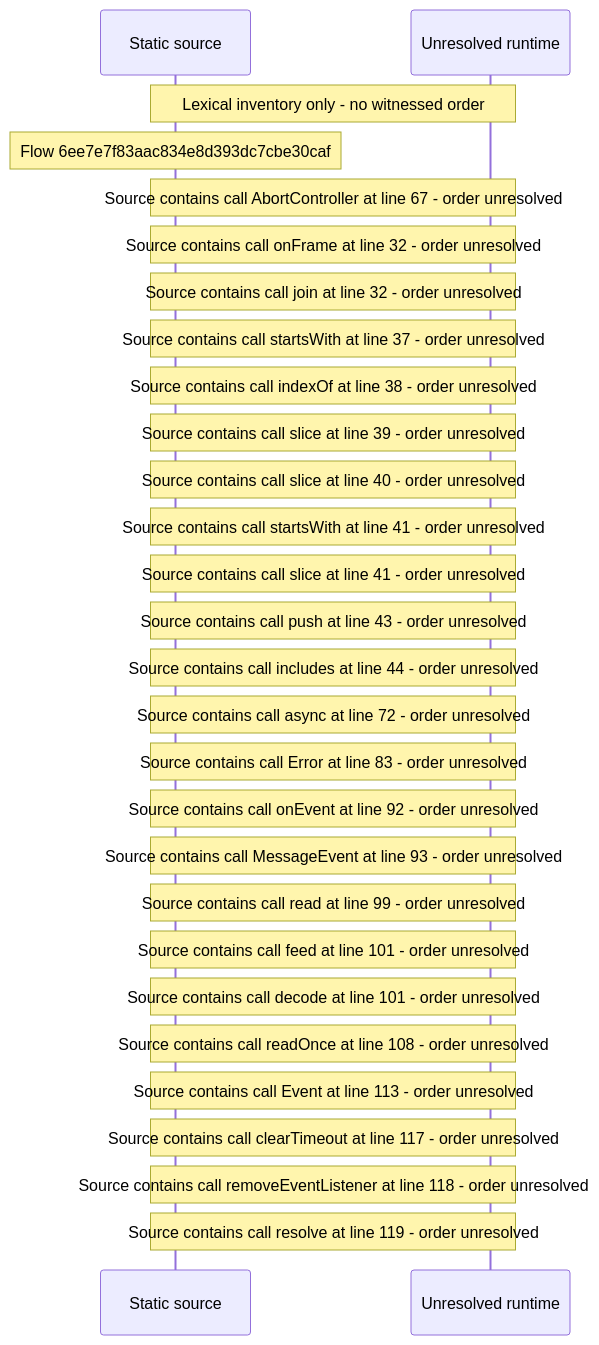
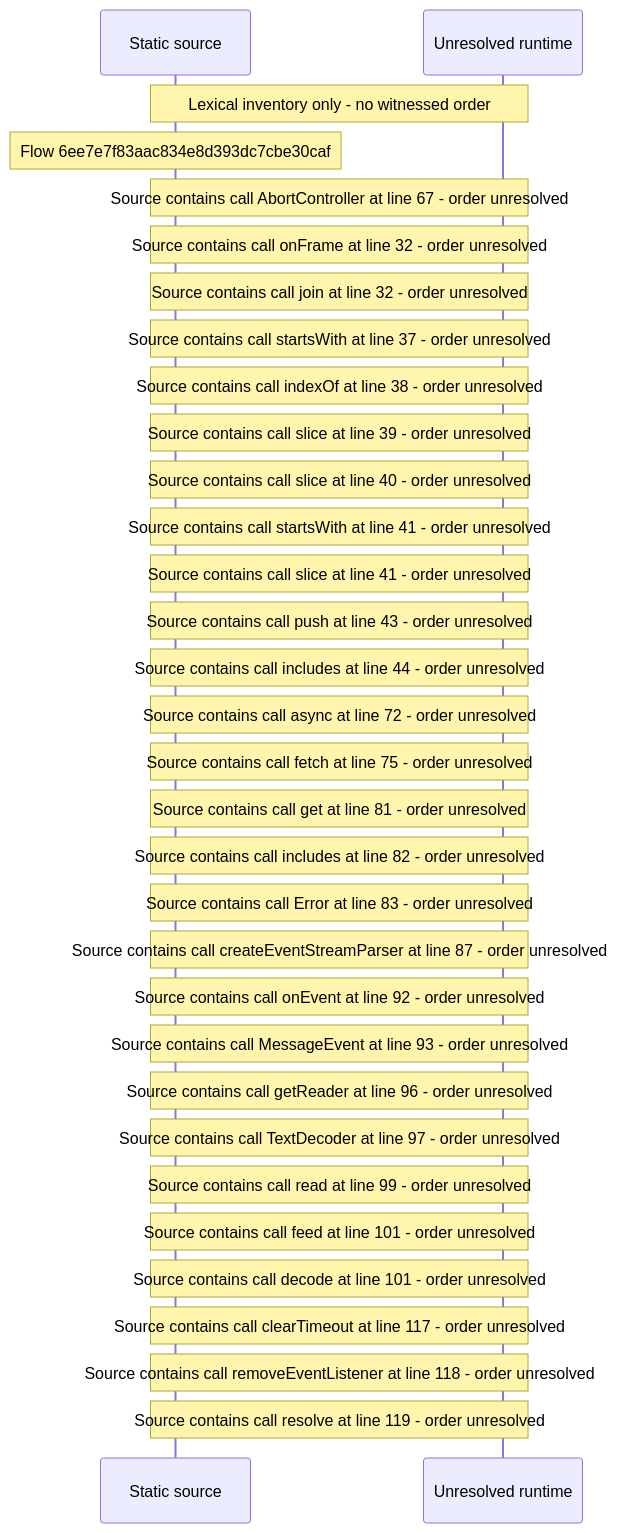
One commit to beamfall/core changed the diagram in docs/web/flows/generated/6ee7e7f83aac834e8d393dc7cbe30caf/flow-diagram.md. Above: the diagram before and after it, drawn with Mermaid. The commit also changed other lines of this file and 699 other files, not shown here.

Commit message:
Regenerate the web flow record with flow generator version 5

````diff
--- a/docs/web/flows/generated/6ee7e7f83aac834e8d393dc7cbe30caf/flow-diagram.md
+++ b/docs/web/flows/generated/6ee7e7f83aac834e8d393dc7cbe30caf/flow-diagram.md
@@ -10,30 +10,34 @@
 ```mermaid
 sequenceDiagram
     participant S as Static source
     participant U as Unresolved runtime
     Note over S,U: Lexical inventory only - no witnessed order
     Note over S: Flow 6ee7e7f83aac834e8d393dc7cbe30caf
     Note over S,U: Source contains call AbortController at line 67 - order unresolved
     Note over S,U: Source contains call onFrame at line 32 - order unresolved
     Note over S,U: Source contains call join at line 32 - order unresolved
     Note over S,U: Source contains call startsWith at line 37 - order unresolved
     Note over S,U: Source contains call indexOf at line 38 - order unresolved
     Note over S,U: Source contains call slice at line 39 - order unresolved
     Note over S,U: Source contains call slice at line 40 - order unresolved
     Note over S,U: Source contains call startsWith at line 41 - order unresolved
     Note over S,U: Source contains call slice at line 41 - order unresolved
     Note over S,U: Source contains call push at line 43 - order unresolved
     Note over S,U: Source contains call includes at line 44 - order unresolved
     Note over S,U: Source contains call async at line 72 - order unresolved
+    Note over S,U: Source contains call fetch at line 75 - order unresolved
+    Note over S,U: Source contains call get at line 81 - order unresolved
+    Note over S,U: Source contains call includes at line 82 - order unresolved
     Note over S,U: Source contains call Error at line 83 - order unresolved
+    Note over S,U: Source contains call createEventStreamParser at line 87 - order unresolved
     Note over S,U: Source contains call onEvent at line 92 - order unresolved
     Note over S,U: Source contains call MessageEvent at line 93 - order unresolved
+    Note over S,U: Source contains call getReader at line 96 - order unresolved
+    Note over S,U: Source contains call TextDecoder at line 97 - order unresolved
     Note over S,U: Source contains call read at line 99 - order unresolved
     Note over S,U: Source contains call feed at line 101 - order unresolved
     Note over S,U: Source contains call decode at line 101 - order unresolved
-    Note over S,U: Source contains call readOnce at line 108 - order unresolved
-    Note over S,U: Source contains call Event at line 113 - order unresolved
     Note over S,U: Source contains call clearTimeout at line 117 - order unresolved
     Note over S,U: Source contains call removeEventListener at line 118 - order unresolved
     Note over S,U: Source contains call resolve at line 119 - order unresolved
 ```
````
